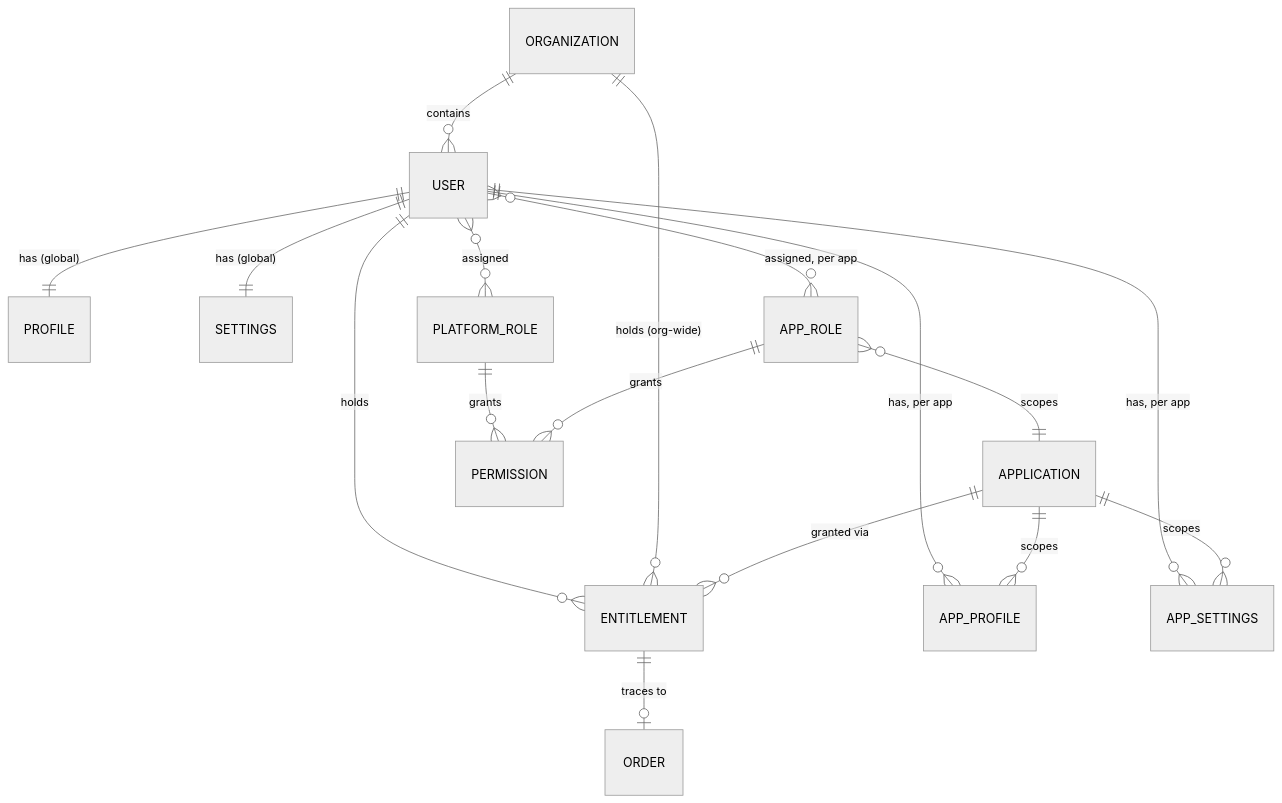
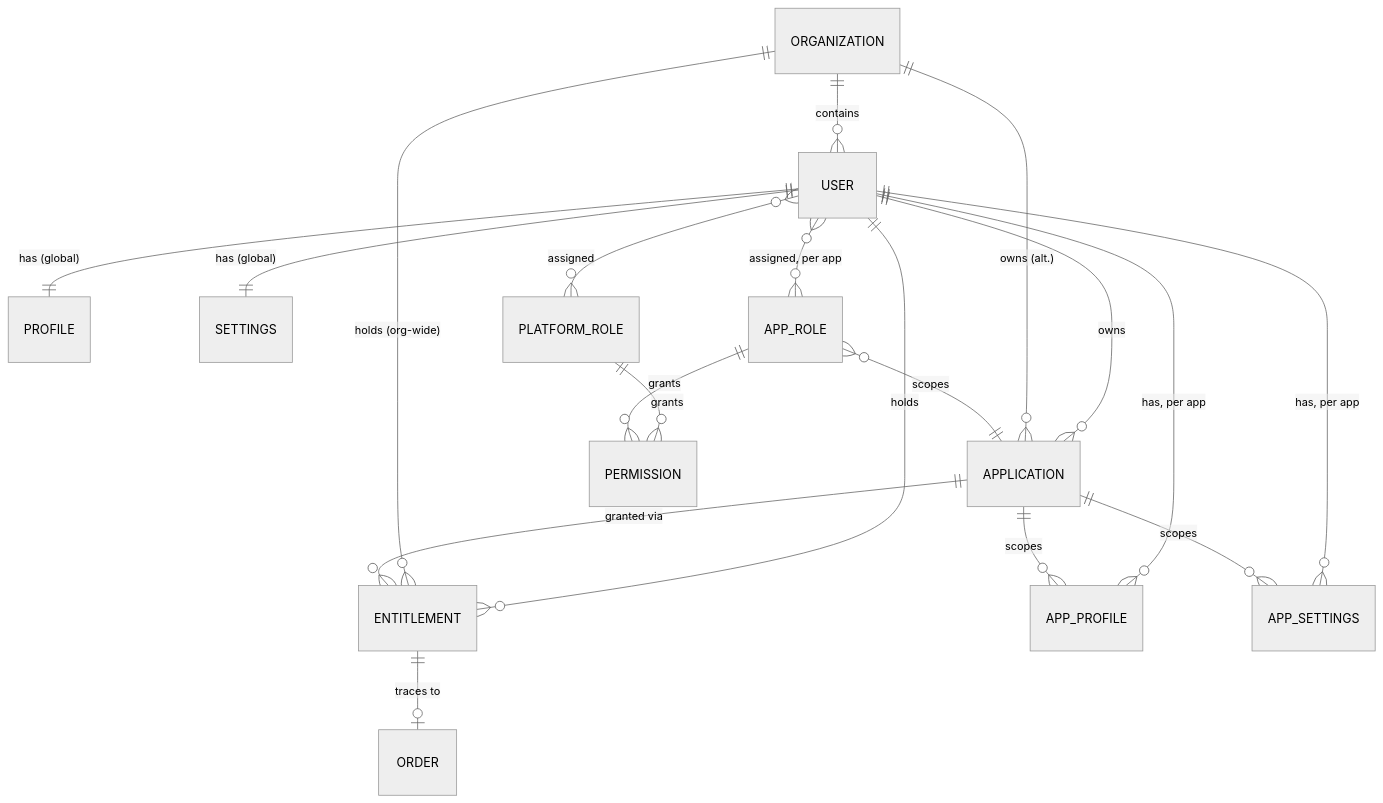
The diagram in docs/domain-model/index.md (Adron/substratalapps.com), drawn with Mermaid (neutral theme) before and after one commit. The commit also changed other lines of this file and 17 other files, not shown here.

````diff
--- a/docs/domain-model/index.md
+++ b/docs/domain-model/index.md
@@ -30,19 +30,21 @@
 ```mermaid
 erDiagram
     USER ||--o{ ENTITLEMENT : holds
     ORGANIZATION ||--o{ USER : contains
     ORGANIZATION ||--o{ ENTITLEMENT : "holds (org-wide)"
     APPLICATION ||--o{ ENTITLEMENT : "granted via"
+    USER ||--o{ APPLICATION : owns
+    ORGANIZATION ||--o{ APPLICATION : "owns (alt.)"
     ENTITLEMENT ||--o| ORDER : "traces to"
     USER ||--|| PROFILE : "has (global)"
     USER ||--o{ APP_PROFILE : "has, per app"
     APPLICATION ||--o{ APP_PROFILE : scopes
     USER ||--|| SETTINGS : "has (global)"
     USER ||--o{ APP_SETTINGS : "has, per app"
     APPLICATION ||--o{ APP_SETTINGS : scopes
     USER }o--o{ PLATFORM_ROLE : assigned
     USER }o--o{ APP_ROLE : "assigned, per app"
     APP_ROLE }o--|| APPLICATION : scopes
     PLATFORM_ROLE ||--o{ PERMISSION : grants
     APP_ROLE ||--o{ PERMISSION : grants
 ```
````
